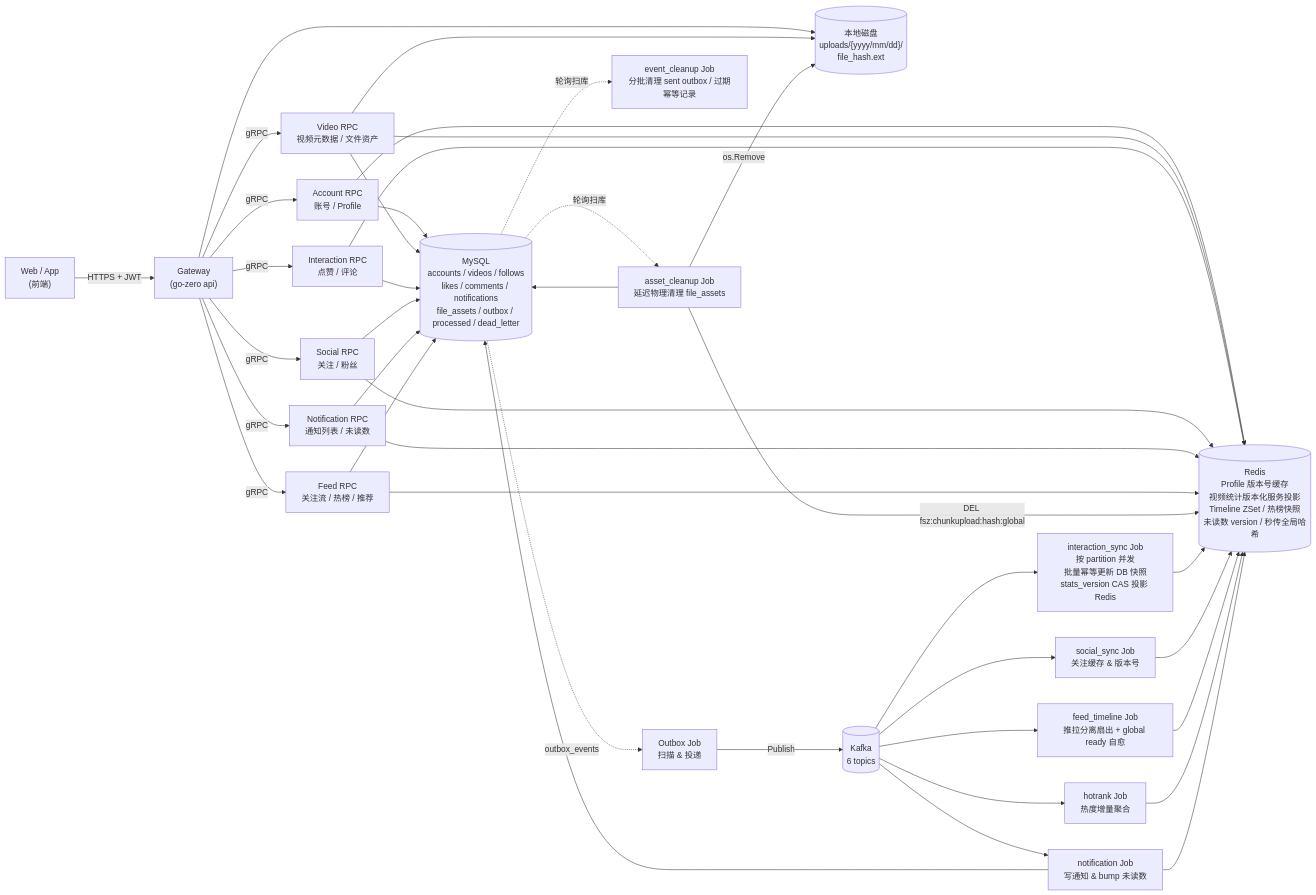
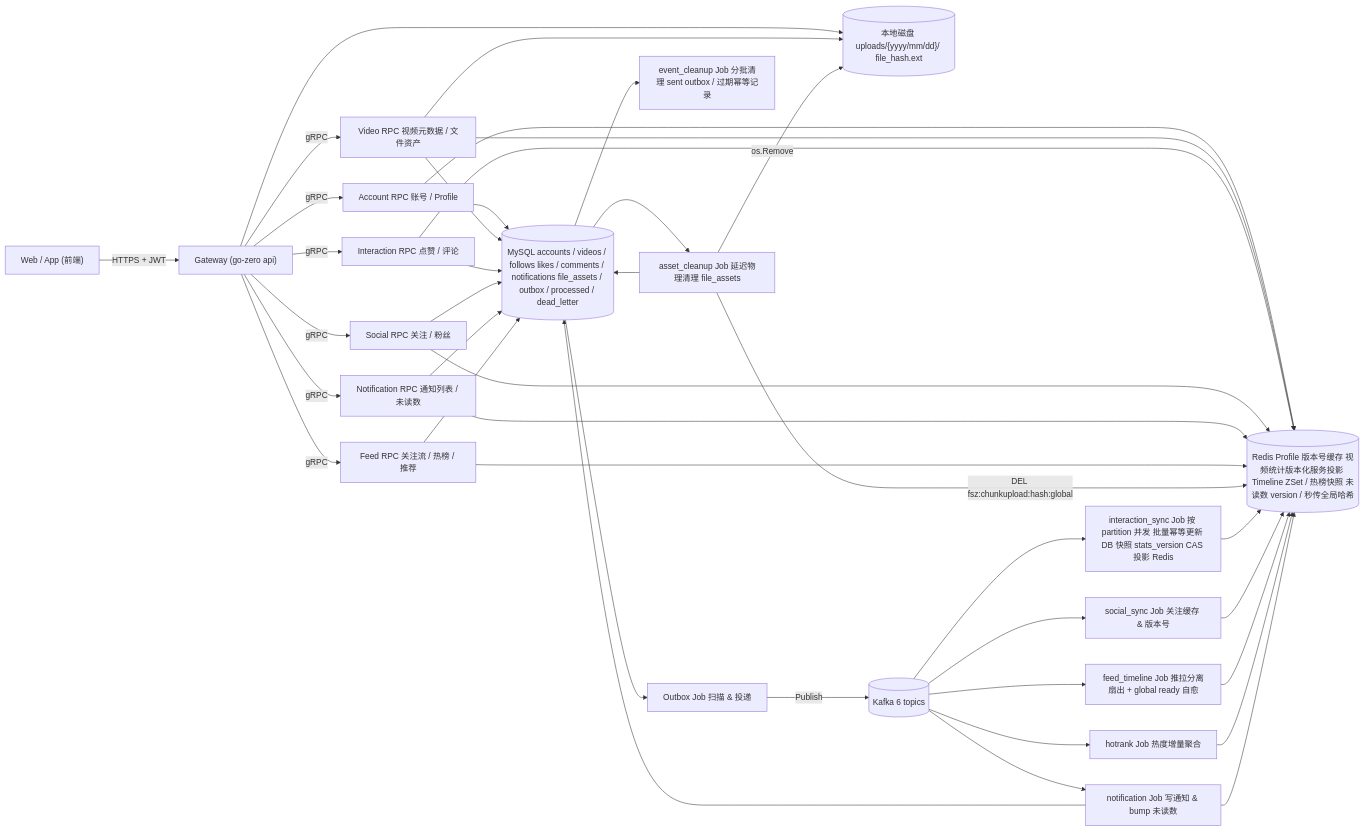
The first of 28 diagrams in docs/PROJECT_OVERVIEW.md (Redeemz473/feedsystem-zero), drawn with Mermaid before and after one commit. The commit also changed other lines of this file, not shown here.

Commit message:
docs(overview): normalize all 28 mermaid diagrams for github renderer (remove 124 br tags and 3 dashed-with-label edges)

````diff
--- a/docs/PROJECT_OVERVIEW.md
+++ b/docs/PROJECT_OVERVIEW.md
@@ -67,50 +67,50 @@
 ```mermaid
 flowchart LR
-    Client["Web / App<br/>(前端)"] -->|HTTPS + JWT| Gateway["Gateway<br/>(go-zero api)"]
+    Client["Web / App (前端)"] -->|HTTPS + JWT| Gateway["Gateway (go-zero api)"]
 
-    Gateway -->|gRPC| Account["Account RPC<br/>账号 / Profile"]
-    Gateway -->|gRPC| Video["Video RPC<br/>视频元数据 / 文件资产"]
-    Gateway -->|gRPC| Interaction["Interaction RPC<br/>点赞 / 评论"]
-    Gateway -->|gRPC| Social["Social RPC<br/>关注 / 粉丝"]
-    Gateway -->|gRPC| Notification["Notification RPC<br/>通知列表 / 未读数"]
-    Gateway -->|gRPC| Feed["Feed RPC<br/>关注流 / 热榜 / 推荐"]
+    Gateway -->|gRPC| Account["Account RPC 账号 / Profile"]
+    Gateway -->|gRPC| Video["Video RPC 视频元数据 / 文件资产"]
+    Gateway -->|gRPC| Interaction["Interaction RPC 点赞 / 评论"]
+    Gateway -->|gRPC| Social["Social RPC 关注 / 粉丝"]
+    Gateway -->|gRPC| Notification["Notification RPC 通知列表 / 未读数"]
+    Gateway -->|gRPC| Feed["Feed RPC 关注流 / 热榜 / 推荐"]
 
-    Account --> MySQL[("MySQL<br/>accounts / videos / follows<br/>likes / comments / notifications<br/>file_assets / outbox / processed / dead_letter")]
+    Account --> MySQL[("MySQL accounts / videos / follows likes / comments / notifications file_assets / outbox / processed / dead_letter")]
     Video --> MySQL
     Interaction --> MySQL
     Social --> MySQL
     Notification --> MySQL
 
-    Account --> Redis[("Redis<br/>Profile 版本号缓存<br/>视频统计版本化服务投影<br/>Timeline ZSet / 热榜快照<br/>未读数 version / 秒传全局哈希")]
+    Account --> Redis[("Redis Profile 版本号缓存 视频统计版本化服务投影 Timeline ZSet / 热榜快照 未读数 version / 秒传全局哈希")]
     Video --> Redis
     Interaction --> Redis
     Social --> Redis
     Notification --> Redis
     Feed --> Redis
     Feed --> MySQL
 
-    Gateway --> Disk[("本地磁盘<br/>uploads/{yyyy/mm/dd}/<br/>file_hash.ext")]
+    Gateway --> Disk[("本地磁盘 uploads/{yyyy/mm/dd}/ file_hash.ext")]
     Video --> Disk
 
-    MySQL -.outbox_events.-> Outbox["Outbox Job<br/>扫描 & 投递"]
-    Outbox -->|Publish| Kafka[("Kafka<br/>6 topics")]
+    MySQL --> Outbox["Outbox Job 扫描 & 投递"]
+    Outbox -->|Publish| Kafka[("Kafka 6 topics")]
 
-    Kafka --> InteractionSync["interaction_sync Job<br/>按 partition 并发<br/>批量幂等更新 DB 快照<br/>stats_version CAS 投影 Redis"]
-    Kafka --> SocialSync["social_sync Job<br/>关注缓存 & 版本号"]
-    Kafka --> FeedTimeline["feed_timeline Job<br/>推拉分离扇出 + global ready 自愈"]
-    Kafka --> HotRank["hotrank Job<br/>热度增量聚合"]
-    Kafka --> NotifJob["notification Job<br/>写通知 & bump 未读数"]
+    Kafka --> InteractionSync["interaction_sync Job 按 partition 并发 批量幂等更新 DB 快照 stats_version CAS 投影 Redis"]
+    Kafka --> SocialSync["social_sync Job 关注缓存 & 版本号"]
+    Kafka --> FeedTimeline["feed_timeline Job 推拉分离扇出 + global ready 自愈"]
+    Kafka --> HotRank["hotrank Job 热度增量聚合"]
+    Kafka --> NotifJob["notification Job 写通知 & bump 未读数"]
 
-    MySQL -.轮询扫库.-> AssetCleanup["asset_cleanup Job<br/>延迟物理清理 file_assets"]
-    MySQL -.轮询扫库.-> EventCleanup["event_cleanup Job<br/>分批清理 sent outbox / 过期幂等记录"]
+    MySQL --> AssetCleanup["asset_cleanup Job 延迟物理清理 file_assets"]
+    MySQL --> EventCleanup["event_cleanup Job 分批清理 sent outbox / 过期幂等记录"]
     AssetCleanup -->|os.Remove| Disk
     AssetCleanup -->|DEL fsz:chunkupload:hash:global| Redis
     AssetCleanup --> MySQL
 
     InteractionSync --> Redis
     SocialSync --> Redis
     FeedTimeline --> Redis
     HotRank --> Redis
     NotifJob --> MySQL
     NotifJob --> Redis
 ```
````
